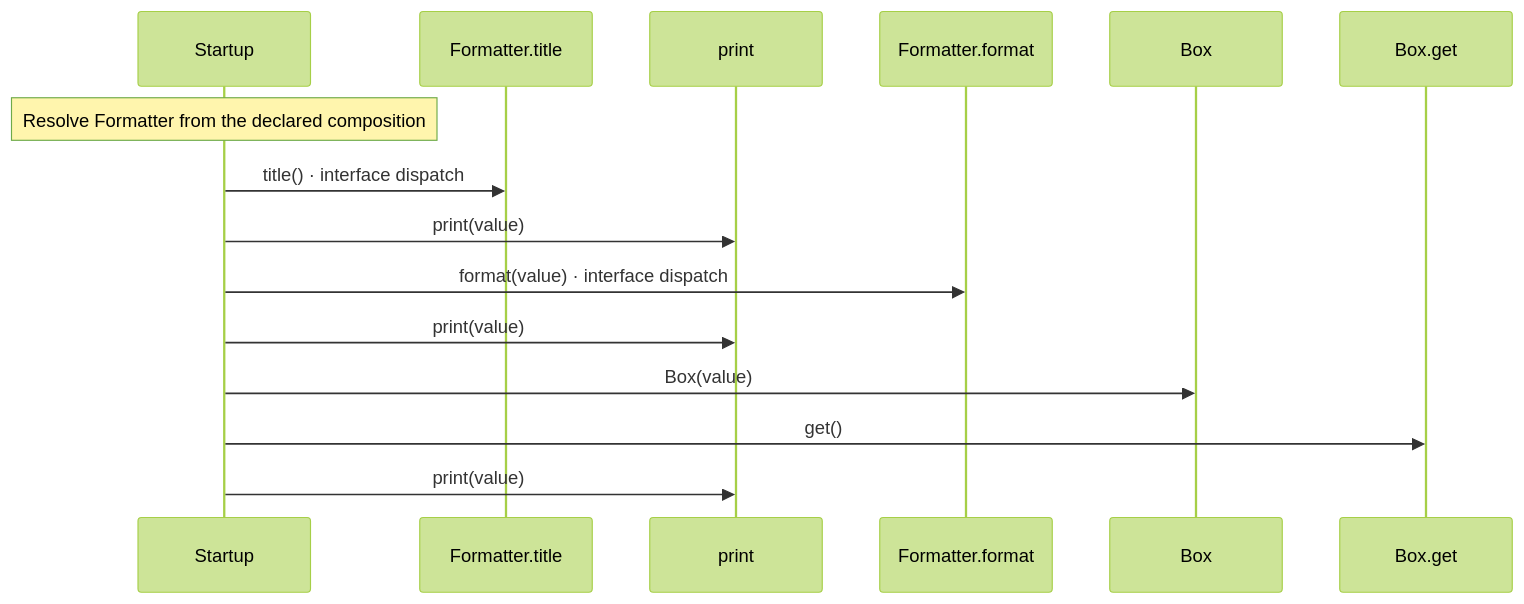
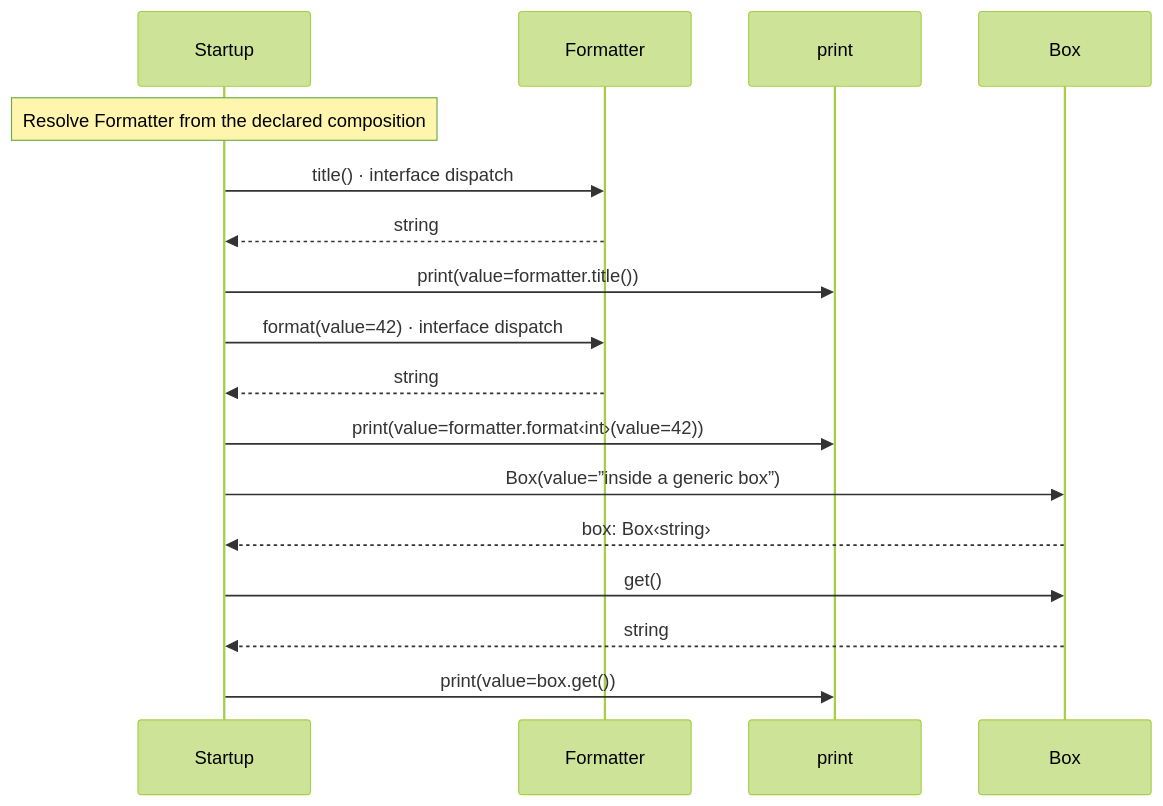
Before and after one commit to GreenPandaStudios/augscript: the third of 3 diagrams in docs/examples/generics/main-diagrams.md, drawn with Mermaid (forest theme). The commit also changed other lines of this file and 524 other files, not shown here.

Commit message:
Explain checked data flow at folder and service levels

````diff
--- a/docs/examples/generics/main-diagrams.md
+++ b/docs/examples/generics/main-diagrams.md
@@ -53,17 +55,19 @@
 ```mermaid
 sequenceDiagram
     participant p0 as Startup
-    participant p1 as Formatter.title
+    participant p1 as Formatter
     participant p2 as print
-    participant p3 as Formatter.format
-    participant p4 as Box
-    participant p5 as Box.get
+    participant p3 as Box
     Note over p0: Resolve Formatter from the declared composition
     p0->>p1: title() · interface dispatch
-    p0->>p2: print(value)
-    p0->>p3: format(value) · interface dispatch
-    p0->>p2: print(value)
-    p0->>p4: Box(value)
-    p0->>p5: get()
-    p0->>p2: print(value)
+    p1-->>p0: string
+    p0->>p2: print(value=formatter.title())
+    p0->>p1: format(value=42) · interface dispatch
+    p1-->>p0: string
+    p0->>p2: print(value=formatter.format‹int›(value=42))
+    p0->>p3: Box(value=”inside a generic box”)
+    p3-->>p0: box: Box‹string›
+    p0->>p3: get()
+    p3-->>p0: string
+    p0->>p2: print(value=box.get())
 ```
````
